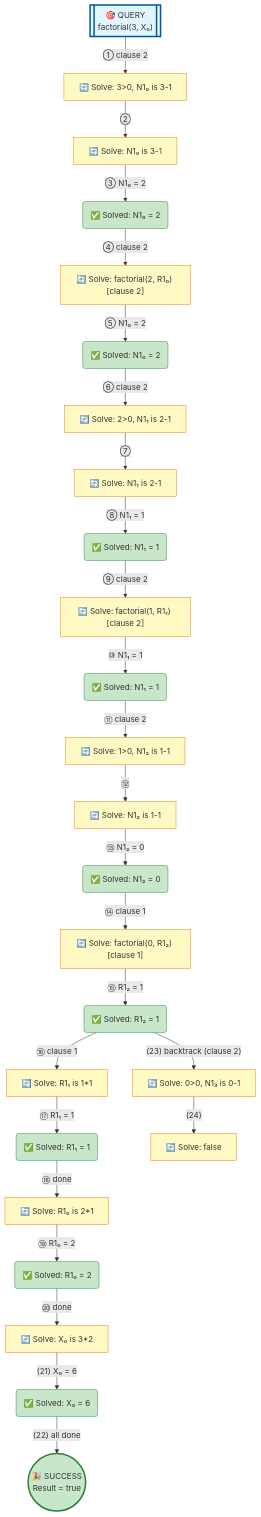
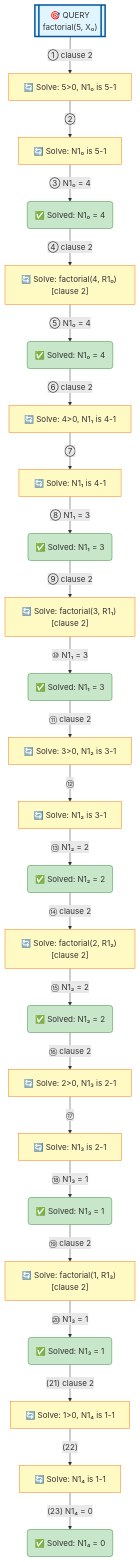
The diagram in examples/factorial-minimal.md (jarecsni/prolog-trace-viz), drawn with Mermaid before and after one commit. The commit also changed other lines of this file and 14 other files, not shown here.

Commit message:
📝 regenerate all example outputs with latest fixes (clause filtering and final answer display)

````diff
--- a/examples/factorial-minimal.md
+++ b/examples/factorial-minimal.md
@@ -17,57 +17,55 @@
 graph TD
 
 %% Nodes
-A[["🎯 QUERY<br/>factorial(3, X₀)"]]
-B["🔄 Solve: 3>0, N1₀ is 3-1"]
-C["🔄 Solve: N1₀ is 3-1"]
-D("✅ Solved: N1₀ = 2")
-E["🔄 Solve: factorial(2, R1₀) [clause 2]"]
-F("✅ Solved: N1₀ = 2")
-G["🔄 Solve: 2>0, N1₁ is 2-1"]
-H["🔄 Solve: N1₁ is 2-1"]
-I("✅ Solved: N1₁ = 1")
-J["🔄 Solve: factorial(1, R1₁) [clause 2]"]
-K("✅ Solved: N1₁ = 1")
-L["🔄 Solve: 1>0, N1₂ is 1-1"]
-M["🔄 Solve: N1₂ is 1-1"]
-N("✅ Solved: N1₂ = 0")
-O["🔄 Solve: factorial(0, R1₂) [clause 1]"]
-P("✅ Solved: R1₂ = 1")
-Q["🔄 Solve: R1₁ is 1*1"]
-R("✅ Solved: R1₁ = 1")
-S["🔄 Solve: R1₀ is 2*1"]
-T("✅ Solved: R1₀ = 2")
-U["🔄 Solve: X₀ is 3*2"]
-V("✅ Solved: X₀ = 6")
-W(("🎉 SUCCESS<br/>Result = true"))
-X["🔄 Solve: 0>0, N1₃ is 0-1"]
-Y["🔄 Solve: false"]
+A[["🎯 QUERY<br/>factorial(5, X₀)"]]
+B["🔄 Solve: 5>0, N1₀ is 5-1"]
+C["🔄 Solve: N1₀ is 5-1"]
+D("✅ Solved: N1₀ = 4")
+E["🔄 Solve: factorial(4, R1₀) [clause 2]"]
+F("✅ Solved: N1₀ = 4")
+G["🔄 Solve: 4>0, N1₁ is 4-1"]
+H["🔄 Solve: N1₁ is 4-1"]
+I("✅ Solved: N1₁ = 3")
+J["🔄 Solve: factorial(3, R1₁) [clause 2]"]
+K("✅ Solved: N1₁ = 3")
+L["🔄 Solve: 3>0, N1₂ is 3-1"]
+M["🔄 Solve: N1₂ is 3-1"]
+N("✅ Solved: N1₂ = 2")
+O["🔄 Solve: factorial(2, R1₂) [clause 2]"]
+P("✅ Solved: N1₂ = 2")
+Q["🔄 Solve: 2>0, N1₃ is 2-1"]
+R["🔄 Solve: N1₃ is 2-1"]
+S("✅ Solved: N1₃ = 1")
+T["🔄 Solve: factorial(1, R1₃) [clause 2]"]
+U("✅ Solved: N1₃ = 1")
+V["🔄 Solve: 1>0, N1₄ is 1-1"]
+W["🔄 Solve: N1₄ is 1-1"]
+X("✅ Solved: N1₄ = 0")
 
 %% Edges
 A -->|"① clause 2"| B
 B -->|"②"| C
-C -->|"③ N1₀ = 2"| D
+C -->|"③ N1₀ = 4"| D
 D -->|"④ clause 2"| E
-E -->|"⑤ N1₀ = 2"| F
+E -->|"⑤ N1₀ = 4"| F
 F -->|"⑥ clause 2"| G
 G -->|"⑦"| H
-H -->|"⑧ N1₁ = 1"| I
+H -->|"⑧ N1₁ = 3"| I
 I -->|"⑨ clause 2"| J
-J -->|"⑩ N1₁ = 1"| K
+J -->|"⑩ N1₁ = 3"| K
 K -->|"⑪ clause 2"| L
 L -->|"⑫"| M
-M -->|"⑬ N1₂ = 0"| N
-N -->|"⑭ clause 1"| O
-O -->|"⑮ R1₂ = 1"| P
-P -->|"⑯ clause 1"| Q
-Q -->|"⑰ R1₁ = 1"| R
-R -->|"⑱ done"| S
-S -->|"⑲ R1₀ = 2"| T
-T -->|"⑳ done"| U
-U -->|"(21) X₀ = 6"| V
-V -->|"(22) all done"| W
-P -->|"(23) backtrack (clause 2)"| X
-X -->|"(24)"| Y
+M -->|"⑬ N1₂ = 2"| N
+N -->|"⑭ clause 2"| O
+O -->|"⑮ N1₂ = 2"| P
+P -->|"⑯ clause 2"| Q
+Q -->|"⑰"| R
+R -->|"⑱ N1₃ = 1"| S
+S -->|"⑲ clause 2"| T
+T -->|"⑳ N1₃ = 1"| U
+U -->|"(21) clause 2"| V
+V -->|"(22)"| W
+W -->|"(23) N1₄ = 0"| X
 
 %% Styles
 style A fill:#e1f5ff,stroke:#01579b,stroke-width:3px
@@ -87,12 +85,11 @@
 style O fill:#fff9c4,stroke:#f57f17
 style P fill:#c8e6c9,stroke:#388e3c
 style Q fill:#fff9c4,stroke:#f57f17
-style R fill:#c8e6c9,stroke:#388e3c
-style S fill:#fff9c4,stroke:#f57f17
-style T fill:#c8e6c9,stroke:#388e3c
-style U fill:#fff9c4,stroke:#f57f17
-style V fill:#c8e6c9,stroke:#388e3c
-style W fill:#c8e6c9,stroke:#2e7d32,stroke-width:3px
-style X fill:#fff9c4,stroke:#f57f17
-style Y fill:#fff9c4,stroke:#f57f17
+style R fill:#fff9c4,stroke:#f57f17
+style S fill:#c8e6c9,stroke:#388e3c
+style T fill:#fff9c4,stroke:#f57f17
+style U fill:#c8e6c9,stroke:#388e3c
+style V fill:#fff9c4,stroke:#f57f17
+style W fill:#fff9c4,stroke:#f57f17
+style X fill:#c8e6c9,stroke:#388e3c
 ```
````
